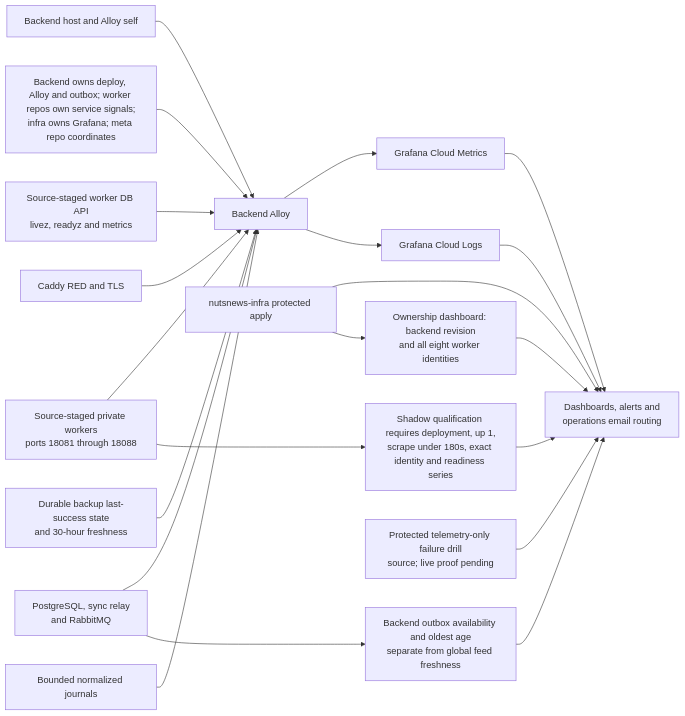
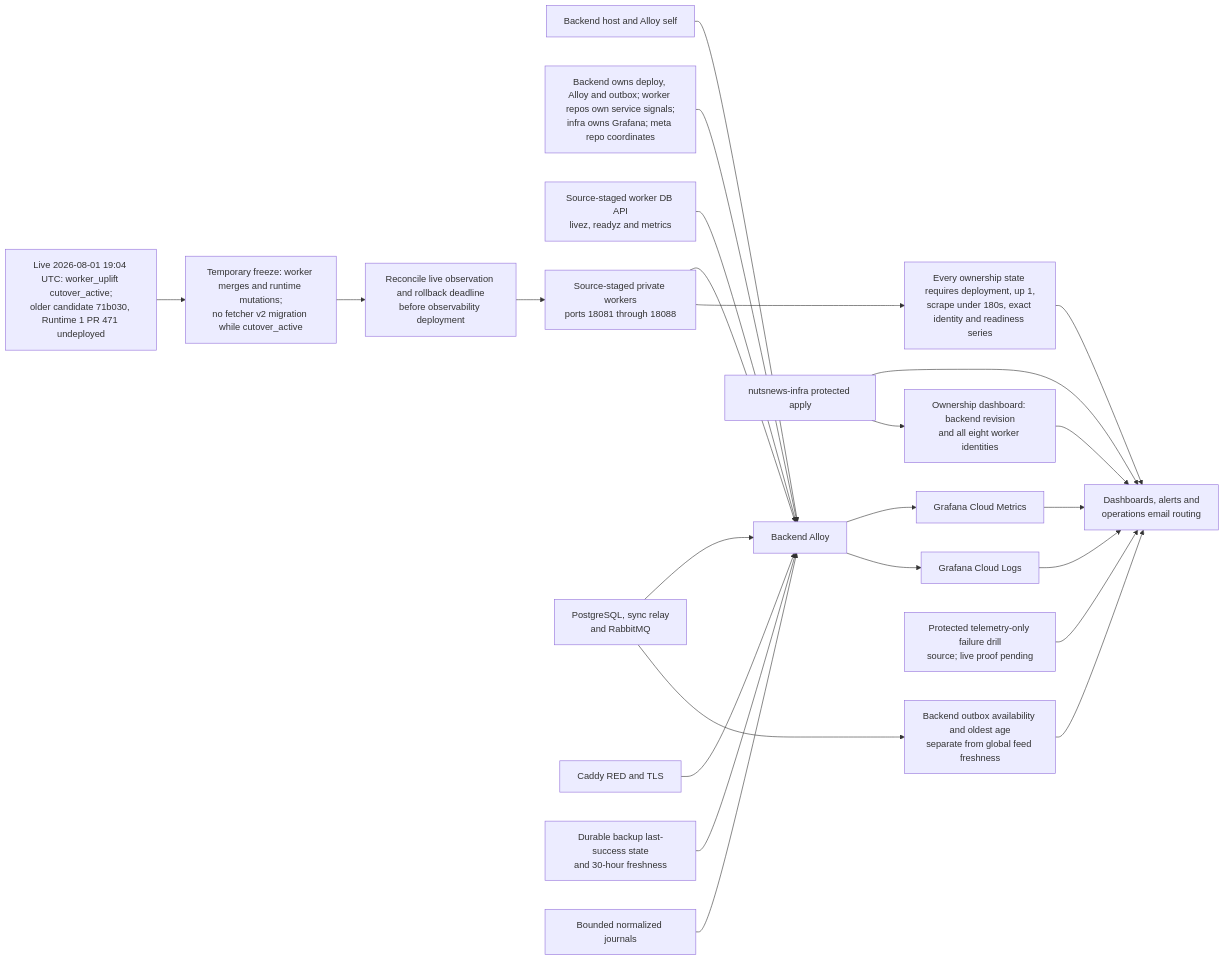
One commit to ramideltoro/nutsnews-docs changed the diagram in diagrams/NUTSNEWS_BACKEND_MONITORING.mmd. Above: the diagram before and after it, drawn with Mermaid. The commit also changed 24 other files, not shown here.

Commit message:
docs: record live worker cutover constraints

```diff
--- a/diagrams/NUTSNEWS_BACKEND_MONITORING.mmd
+++ b/diagrams/NUTSNEWS_BACKEND_MONITORING.mmd
@@ -1,27 +1,30 @@
 flowchart LR
   accTitle: NutsNews backend Grafana telemetry flow
   accDescr {
     Backend PR 471 source-stages Alloy scrapes for the worker database API, eight private workers,
     PostgreSQL, Caddy, TLS, RabbitMQ, and textfile signals. Deployment and fresh query evidence are
     still required before those candidate signals can be called live.
   }
   Host["Backend host and Alloy self"] --> Alloy["Backend Alloy"]
   Owners["Backend owns deploy, Alloy and outbox; worker repos own service signals;\ninfra owns Grafana; meta repo coordinates"] --> Alloy
   API["Source-staged worker DB API\nlivez, readyz and metrics"] --> Alloy
   Workers["Source-staged private workers\nports 18081 through 18088"] --> Alloy
-  Workers --> Structural["Shadow qualification requires deployment, up 1,\nscrape under 180s, exact identity and readiness series"]
+  Workers --> Structural["Every ownership state requires deployment, up 1,\nscrape under 180s, exact identity and readiness series"]
+  Live["Live 2026-08-01 19:04 UTC: worker_uplift cutover_active;\nolder candidate 71b030, Runtime 1 PR 471 undeployed"] --> Freeze["Temporary freeze: worker merges and runtime mutations;\nno fetcher v2 migration while cutover_active"]
+  Freeze --> Reconcile["Reconcile live observation and rollback deadline\nbefore observability deployment"]
+  Reconcile --> Workers
   Data["PostgreSQL, sync relay\nand RabbitMQ"] --> Alloy
   Edge["Caddy RED and TLS"] --> Alloy
   Backup["Durable backup last-success state\nand 30-hour freshness"] --> Alloy
   Journals["Bounded normalized journals"] --> Alloy
   Alloy --> Metrics["Grafana Cloud Metrics"]
   Alloy --> Logs["Grafana Cloud Logs"]
   Infra["nutsnews-infra protected apply"] --> Grafana["Dashboards, alerts and\noperations email routing"]
   Infra --> Ownership["Ownership dashboard: backend revision\nand all eight worker identities"]
   Data --> Outbox["Backend outbox availability and oldest age\nseparate from global feed freshness"]
   Metrics --> Grafana
   Logs --> Grafana
   Structural --> Grafana
   Outbox --> Grafana
   Ownership --> Grafana
   Drills["Protected telemetry-only failure drill\nsource; live proof pending"] --> Grafana
```
